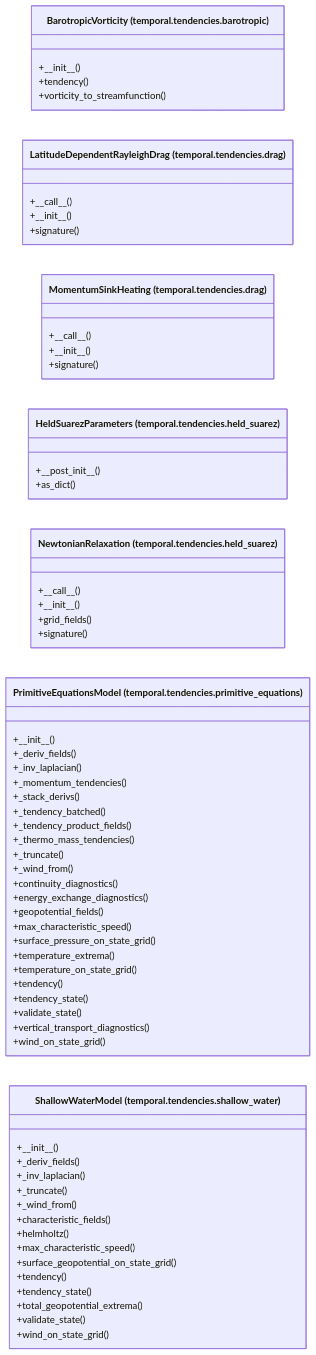
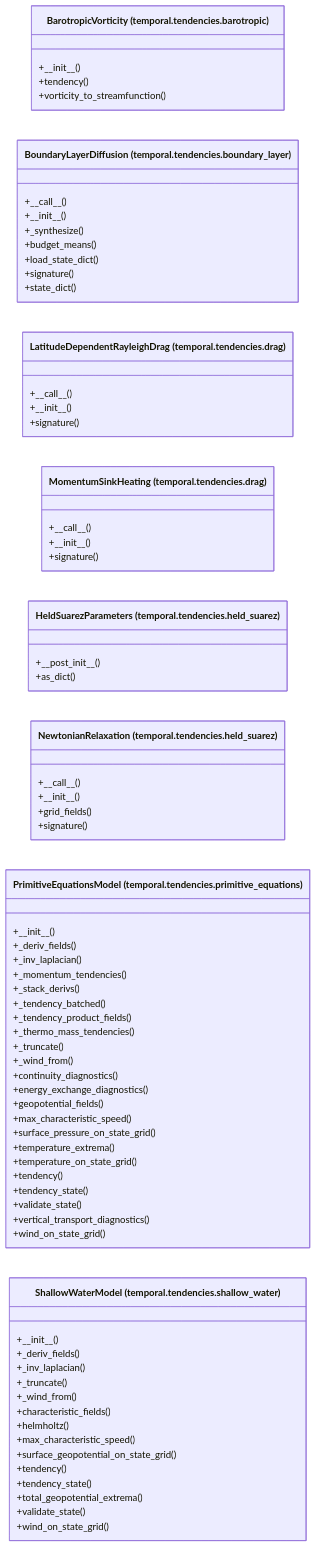
The second of 2 diagrams in docs/architecture/current/packages/tropoi.temporal.tendencies.md (AlexandreEros/Palintropos), drawn with Mermaid before and after one commit. The commit also changed other lines of this file and 17 other files, not shown here.

Commit message:
docs(architecture): refresh snapshot for the boundary-layer modules

````diff
--- a/docs/architecture/current/packages/tropoi.temporal.tendencies.md
+++ b/docs/architecture/current/packages/tropoi.temporal.tendencies.md
@@ -95,64 +102,72 @@
 ```mermaid
 %% Generated by tools.architecture 2.3.0. Do not edit by hand.
 %% Classes of tropoi.temporal.tendencies
 classDiagram
     direction LR
     class c_tropoi_otemporal_otendencies_obarotropic_oBarotropicVorticity["BarotropicVorticity (temporal.tendencies.barotropic)"]
     c_tropoi_otemporal_otendencies_obarotropic_oBarotropicVorticity : +#95;#95;init#95;#95;()
     c_tropoi_otemporal_otendencies_obarotropic_oBarotropicVorticity : +tendency()
     c_tropoi_otemporal_otendencies_obarotropic_oBarotropicVorticity : +vorticity#95;to#95;streamfunction()
+    class c_tropoi_otemporal_otendencies_oboundary__layer_oBoundaryLayerDiffusion["BoundaryLayerDiffusion (temporal.tendencies.boundary#95;layer)"]
+    c_tropoi_otemporal_otendencies_oboundary__layer_oBoundaryLayerDiffusion : +#95;#95;call#95;#95;()
+    c_tropoi_otemporal_otendencies_oboundary__layer_oBoundaryLayerDiffusion : +#95;#95;init#95;#95;()
+    c_tropoi_otemporal_otendencies_oboundary__layer_oBoundaryLayerDiffusion : +#95;synthesize()
+    c_tropoi_otemporal_otendencies_oboundary__layer_oBoundaryLayerDiffusion : +budget#95;means()
+    c_tropoi_otemporal_otendencies_oboundary__layer_oBoundaryLayerDiffusion : +load#95;state#95;dict()
+    c_tropoi_otemporal_otendencies_oboundary__layer_oBoundaryLayerDiffusion : +signature()
+    c_tropoi_otemporal_otendencies_oboundary__layer_oBoundaryLayerDiffusion : +state#95;dict()
     class c_tropoi_otemporal_otendencies_odrag_oLatitudeDependentRayleighDrag["LatitudeDependentRayleighDrag (temporal.tendencies.drag)"]
     c_tropoi_otemporal_otendencies_odrag_oLatitudeDependentRayleighDrag : +#95;#95;call#95;#95;()
     c_tropoi_otemporal_otendencies_odrag_oLatitudeDependentRayleighDrag : +#95;#95;init#95;#95;()
     c_tropoi_otemporal_otendencies_odrag_oLatitudeDependentRayleighDrag : +signature()
     class c_tropoi_otemporal_otendencies_odrag_oMomentumSinkHeating["MomentumSinkHeating (temporal.tendencies.drag)"]
     c_tropoi_otemporal_otendencies_odrag_oMomentumSinkHeating : +#95;#95;call#95;#95;()
     c_tropoi_otemporal_otendencies_odrag_oMomentumSinkHeating : +#95;#95;init#95;#95;()
     c_tropoi_otemporal_otendencies_odrag_oMomentumSinkHeating : +signature()
     class c_tropoi_otemporal_otendencies_oheld__suarez_oHeldSuarezParameters["HeldSuarezParameters (temporal.tendencies.held#95;suarez)"]
     c_tropoi_otemporal_otendencies_oheld__suarez_oHeldSuarezParameters : +#95;#95;post#95;init#95;#95;()
     c_tropoi_otemporal_otendencies_oheld__suarez_oHeldSuarezParameters : +as#95;dict()
     class c_tropoi_otemporal_otendencies_oheld__suarez_oNewtonianRelaxation["NewtonianRelaxation (temporal.tendencies.held#95;suarez)"]
     c_tropoi_otemporal_otendencies_oheld__suarez_oNewtonianRelaxation : +#95;#95;call#95;#95;()
     c_tropoi_otemporal_otendencies_oheld__suarez_oNewtonianRelaxation : +#95;#95;init#95;#95;()
     c_tropoi_otemporal_otendencies_oheld__suarez_oNewtonianRelaxation : +grid#95;fields()
     c_tropoi_otemporal_otendencies_oheld__suarez_oNewtonianRelaxation : +signature()
     class c_tropoi_otemporal_otendencies_oprimitive__equations_oPrimitiveEquationsModel["PrimitiveEquationsModel (temporal.tendencies.primitive#95;equations)"]
     c_tropoi_otemporal_otendencies_oprimitive__equations_oPrimitiveEquationsModel : +#95;#95;init#95;#95;()
     c_tropoi_otemporal_otendencies_oprimitive__equations_oPrimitiveEquationsModel : +#95;deriv#95;fields()
     c_tropoi_otemporal_otendencies_oprimitive__equations_oPrimitiveEquationsModel : +#95;inv#95;laplacian()
     c_tropoi_otemporal_otendencies_oprimitive__equations_oPrimitiveEquationsModel : +#95;momentum#95;tendencies()
     c_tropoi_otemporal_otendencies_oprimitive__equations_oPrimitiveEquationsModel : +#95;stack#95;derivs()
     c_tropoi_otemporal_otendencies_oprimitive__equations_oPrimitiveEquationsModel : +#95;tendency#95;batched()
     c_tropoi_otemporal_otendencies_oprimitive__equations_oPrimitiveEquationsModel : +#95;tendency#95;product#95;fields()
     c_tropoi_otemporal_otendencies_oprimitive__equations_oPrimitiveEquationsModel : +#95;thermo#95;mass#95;tendencies()
     c_tropoi_otemporal_otendencies_oprimitive__equations_oPrimitiveEquationsModel : +#95;truncate()
     c_tropoi_otemporal_otendencies_oprimitive__equations_oPrimitiveEquationsModel : +#95;wind#95;from()
     c_tropoi_otemporal_otendencies_oprimitive__equations_oPrimitiveEquationsModel : +continuity#95;diagnostics()
     c_tropoi_otemporal_otendencies_oprimitive__equations_oPrimitiveEquationsModel : +energy#95;exchange#95;diagnostics()
     c_tropoi_otemporal_otendencies_oprimitive__equations_oPrimitiveEquationsModel : +geopotential#95;fields()
     c_tropoi_otemporal_otendencies_oprimitive__equations_oPrimitiveEquationsModel : +max#95;characteristic#95;speed()
     c_tropoi_otemporal_otendencies_oprimitive__equations_oPrimitiveEquationsModel : +surface#95;pressure#95;on#95;state#95;grid()
     c_tropoi_otemporal_otendencies_oprimitive__equations_oPrimitiveEquationsModel : +temperature#95;extrema()
     c_tropoi_otemporal_otendencies_oprimitive__equations_oPrimitiveEquationsModel : +temperature#95;on#95;state#95;grid()
     c_tropoi_otemporal_otendencies_oprimitive__equations_oPrimitiveEquationsModel : +tendency()
     c_tropoi_otemporal_otendencies_oprimitive__equations_oPrimitiveEquationsModel : +tendency#95;state()
     c_tropoi_otemporal_otendencies_oprimitive__equations_oPrimitiveEquationsModel : +validate#95;state()
     c_tropoi_otemporal_otendencies_oprimitive__equations_oPrimitiveEquationsModel : +vertical#95;transport#95;diagnostics()
     c_tropoi_otemporal_otendencies_oprimitive__equations_oPrimitiveEquationsModel : +wind#95;on#95;state#95;grid()
     class c_tropoi_otemporal_otendencies_oshallow__water_oShallowWaterModel["ShallowWaterModel (temporal.tendencies.shallow#95;water)"]
     c_tropoi_otemporal_otendencies_oshallow__water_oShallowWaterModel : +#95;#95;init#95;#95;()
     c_tropoi_otemporal_otendencies_oshallow__water_oShallowWaterModel : +#95;deriv#95;fields()
     c_tropoi_otemporal_otendencies_oshallow__water_oShallowWaterModel : +#95;inv#95;laplacian()
     c_tropoi_otemporal_otendencies_oshallow__water_oShallowWaterModel : +#95;truncate()
     c_tropoi_otemporal_otendencies_oshallow__water_oShallowWaterModel : +#95;wind#95;from()
     c_tropoi_otemporal_otendencies_oshallow__water_oShallowWaterModel : +characteristic#95;fields()
     c_tropoi_otemporal_otendencies_oshallow__water_oShallowWaterModel : +helmholtz()
     c_tropoi_otemporal_otendencies_oshallow__water_oShallowWaterModel : +max#95;characteristic#95;speed()
     c_tropoi_otemporal_otendencies_oshallow__water_oShallowWaterModel : +surface#95;geopotential#95;on#95;state#95;grid()
     c_tropoi_otemporal_otendencies_oshallow__water_oShallowWaterModel : +tendency()
     c_tropoi_otemporal_otendencies_oshallow__water_oShallowWaterModel : +tendency#95;state()
     c_tropoi_otemporal_otendencies_oshallow__water_oShallowWaterModel : +total#95;geopotential#95;extrema()
     c_tropoi_otemporal_otendencies_oshallow__water_oShallowWaterModel : +validate#95;state()
     c_tropoi_otemporal_otendencies_oshallow__water_oShallowWaterModel : +wind#95;on#95;state#95;grid()
 ```
````
